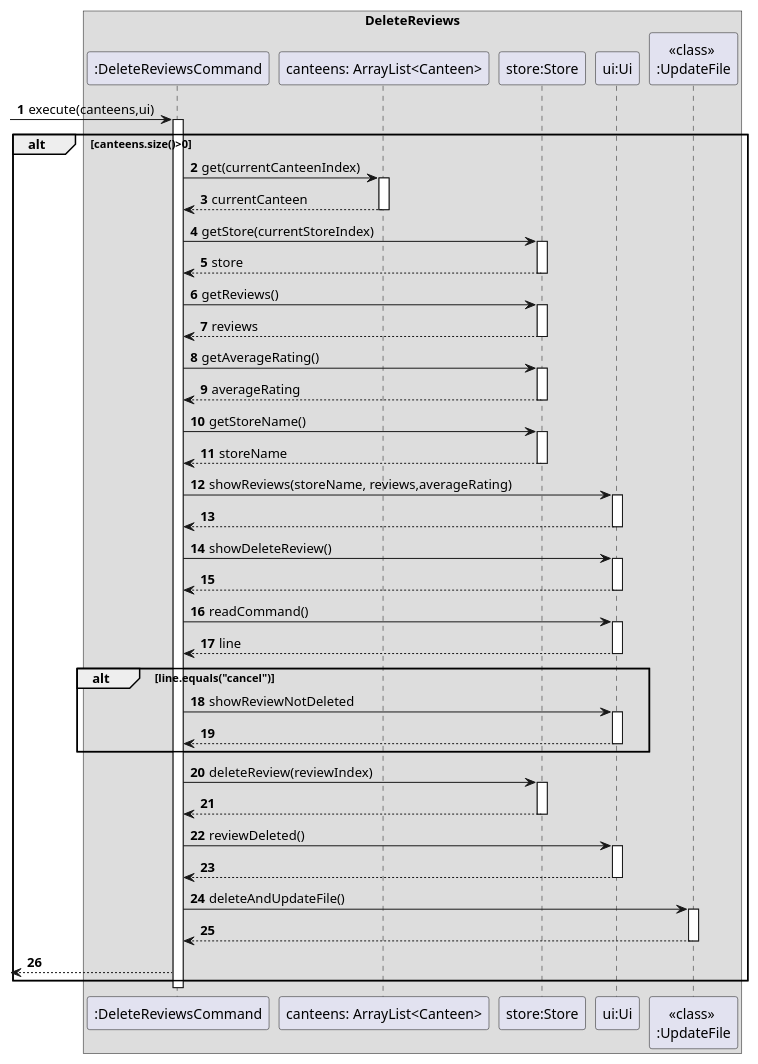
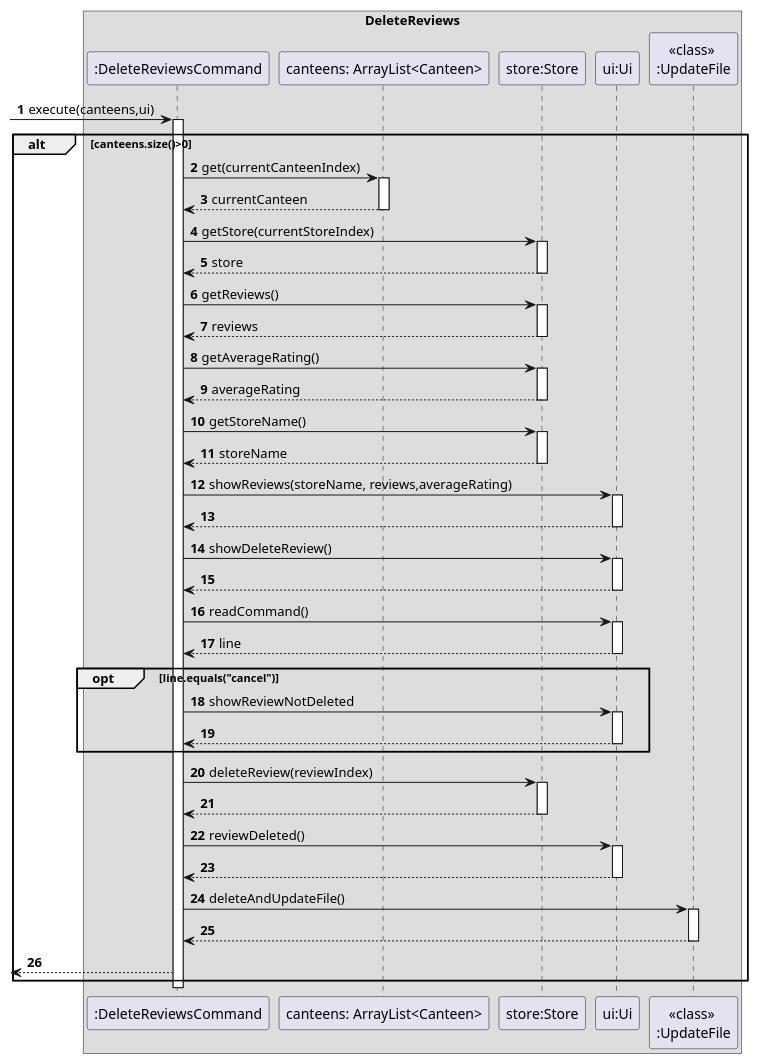
One commit to nagiteja/tp changed the diagram in docs/PlantUML/DeleteReview.puml. Above: the diagram before and after it, drawn with PlantUML. The commit also changed 3 other files, not shown here.

Commit message:
update sequence diagrams

```diff
--- a/docs/PlantUML/DeleteReview.puml
+++ b/docs/PlantUML/DeleteReview.puml
@@ -1,63 +1,63 @@
 @startuml
 'https://plantuml.com/sequence-diagram
 
 autonumber
 box DeleteReviews
 
 ->":DeleteReviewsCommand": execute(canteens,ui)
 activate ":DeleteReviewsCommand"
 alt canteens.size()>0
     ":DeleteReviewsCommand"->"canteens: ArrayList<Canteen>":get(currentCanteenIndex)
     activate "canteens: ArrayList<Canteen>"
     "canteens: ArrayList<Canteen>"-->":DeleteReviewsCommand":currentCanteen
     deactivate "canteens: ArrayList<Canteen>"
     ":DeleteReviewsCommand"->"store:Store":getStore(currentStoreIndex)
     activate "store:Store"
     "store:Store"-->":DeleteReviewsCommand":store
     deactivate "store:Store"
     ":DeleteReviewsCommand"->"store:Store":getReviews()
     activate "store:Store"
     "store:Store"-->":DeleteReviewsCommand":reviews
     deactivate "store:Store"
     ":DeleteReviewsCommand"->"store:Store":getAverageRating()
     activate "store:Store"
     "store:Store"-->":DeleteReviewsCommand":averageRating
     deactivate "store:Store"
     ":DeleteReviewsCommand"->"store:Store":getStoreName()
     activate "store:Store"
     "store:Store"-->":DeleteReviewsCommand":storeName
     deactivate "store:Store"
     ":DeleteReviewsCommand"->"ui:Ui":showReviews(storeName, reviews,averageRating)
     activate "ui:Ui"
     "ui:Ui"-->":DeleteReviewsCommand"
     deactivate "ui:Ui"
     ":DeleteReviewsCommand"->"ui:Ui":showDeleteReview()
     activate "ui:Ui"
     "ui:Ui"-->":DeleteReviewsCommand"
     deactivate "ui:Ui"
     ":DeleteReviewsCommand"->"ui:Ui":readCommand()
     activate "ui:Ui"
     "ui:Ui"-->":DeleteReviewsCommand":line
     deactivate "ui:Ui"
-    alt line.equals("cancel")
+    opt line.equals("cancel")
     ":DeleteReviewsCommand"->"ui:Ui":showReviewNotDeleted
     activate "ui:Ui"
     "ui:Ui"-->":DeleteReviewsCommand"
     deactivate "ui:Ui"
     end
     ":DeleteReviewsCommand"->"store:Store":deleteReview(reviewIndex)
     activate "store:Store"
     "store:Store"-->":DeleteReviewsCommand"
     deactivate "store:Store"
     ":DeleteReviewsCommand"->"ui:Ui":reviewDeleted()
     activate "ui:Ui"
     "ui:Ui"-->":DeleteReviewsCommand"
     deactivate "ui:Ui"
     ":DeleteReviewsCommand"->"<<class>> \n:UpdateFile":deleteAndUpdateFile()
     activate "<<class>> \n:UpdateFile"
     "<<class>> \n:UpdateFile"-->":DeleteReviewsCommand"
     deactivate "<<class>> \n:UpdateFile"
     <--":DeleteReviewsCommand"
 end
 deactivate ":DeleteReviewsCommand"
 @enduml
```
